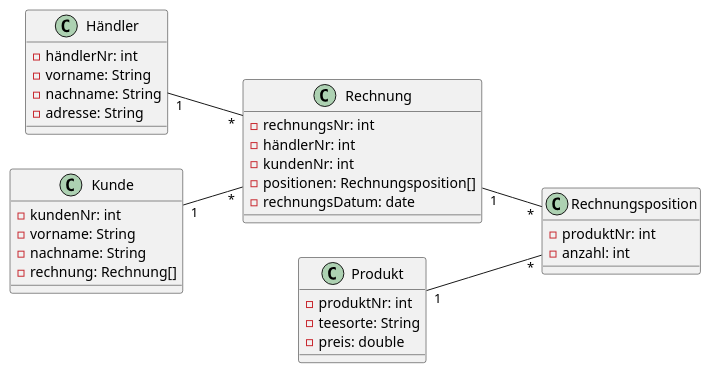
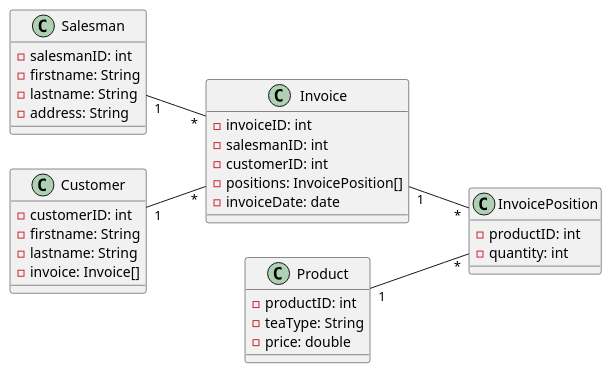
One commit to 2223-4bhitm-sew/01-microproject-EderMoritz changed the diagram in asciidocs/plantuml/teehändler.puml. Above: the diagram before and after it, drawn with PlantUML.

Commit message:
translate cld to english

```diff
--- a/asciidocs/plantuml/teehändler.puml
+++ b/asciidocs/plantuml/teehändler.puml
@@ -1,43 +1,43 @@
 @startuml
 left to right direction
 
-class Händler {
-    - händlerNr: int
-    - vorname: String
-    - nachname: String
-    - adresse: String
+class Salesman {
+    - salesmanID: int
+    - firstname: String
+    - lastname: String
+    - address: String
 }
 
-class Kunde {
-    - kundenNr: int
-    - vorname: String
-    - nachname: String
-    - rechnung: Rechnung[]
+class Customer {
+    - customerID: int
+    - firstname: String
+    - lastname: String
+    - invoice: Invoice[]
 }
 
-class Rechnung {
-    - rechnungsNr: int
-    - händlerNr: int
-    - kundenNr: int
-    - positionen: Rechnungsposition[]
-    - rechnungsDatum: date
+class Invoice {
+    - invoiceID: int
+    - salesmanID: int
+    - customerID: int
+    - positions: InvoicePosition[]
+    - invoiceDate: date
 }
 
-class Produkt {
-    - produktNr: int
-    - teesorte: String
-    - preis: double
+class Product {
+    - productID: int
+    - teaType: String
+    - price: double
 }
 
-class Rechnungsposition {
-    - produktNr: int
-    - anzahl: int
+class InvoicePosition {
+    - productID: int
+    - quantity: int
 }
 
-Kunde "1" -- "*" Rechnung
-Händler "1" -- "*" Rechnung
-Produkt "1" -- "*" Rechnungsposition
-Rechnung "1" -- "*" Rechnungsposition
+Customer "1" -- "*" Invoice
+Salesman "1" -- "*" Invoice
+Product "1" -- "*" InvoicePosition
+Invoice "1" -- "*" InvoicePosition
 
 
 @enduml
```
